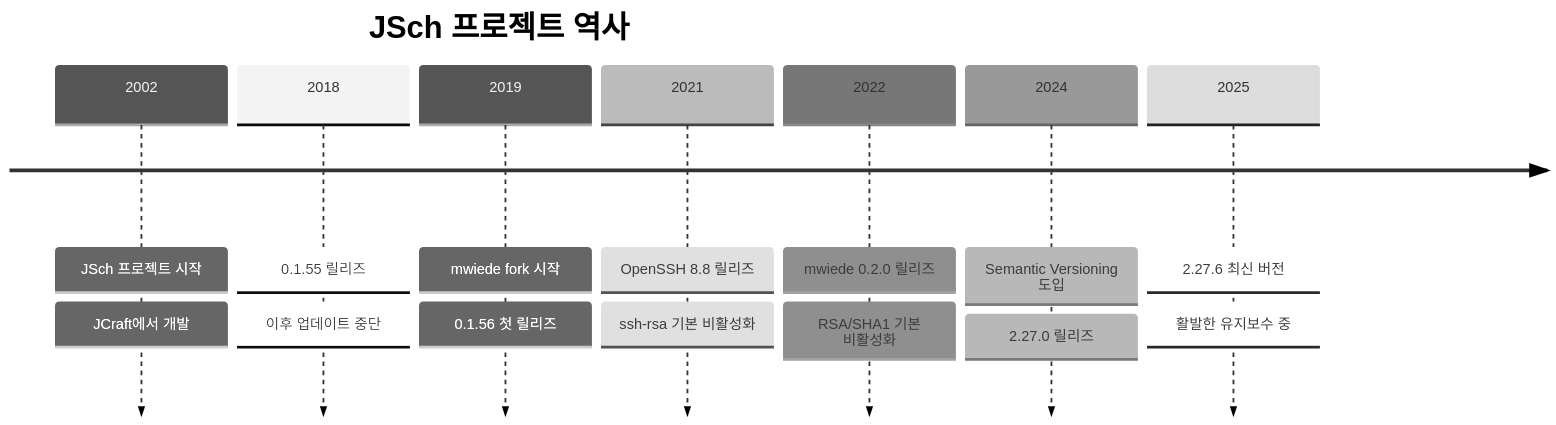
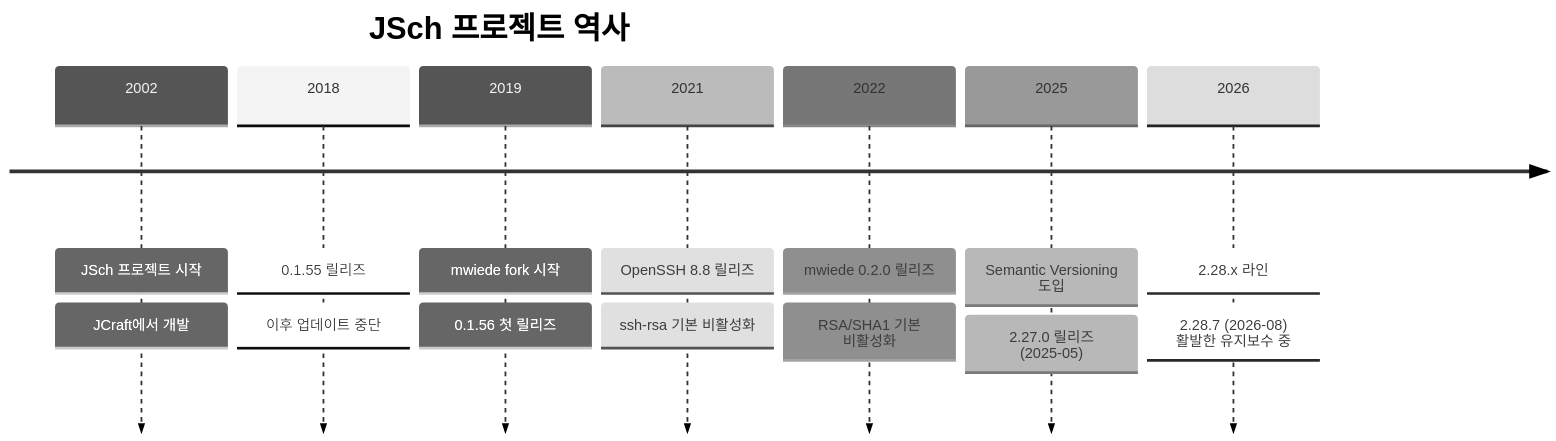
Before and after one commit to sskim91/TIL: the first of 3 diagrams in java/JSch-Java-SSH-라이브러리의-진화.md, drawn with Mermaid (neutral theme). The commit also changed other lines of this file and 80 other files, not shown here.

````diff
--- a/java/JSch-Java-SSH-라이브러리의-진화.md
+++ b/java/JSch-Java-SSH-라이브러리의-진화.md
@@ -61,18 +61,18 @@
 ```mermaid
 timeline
     title JSch 프로젝트 역사
     2002 : JSch 프로젝트 시작
          : JCraft에서 개발
     2018 : 0.1.55 릴리즈
          : 이후 업데이트 중단
     2019 : mwiede fork 시작
          : 0.1.56 첫 릴리즈
     2021 : OpenSSH 8.8 릴리즈
          : ssh-rsa 기본 비활성화
     2022 : mwiede 0.2.0 릴리즈
          : RSA/SHA1 기본 비활성화
-    2024 : Semantic Versioning 도입
-         : 2.27.0 릴리즈
-    2025 : 2.27.6 최신 버전
-         : 활발한 유지보수 중
+    2025 : Semantic Versioning 도입
+         : 2.27.0 릴리즈 (2025-05)
+    2026 : 2.28.x 라인
+         : 2.28.7 (2026-08) 활발한 유지보수 중
 ```
````
